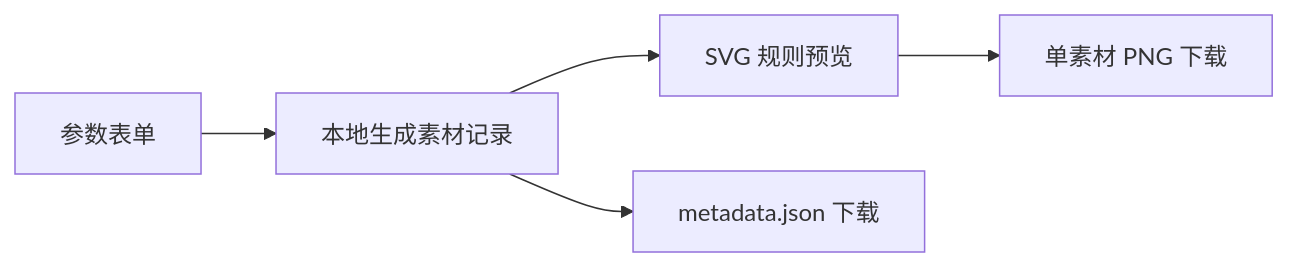
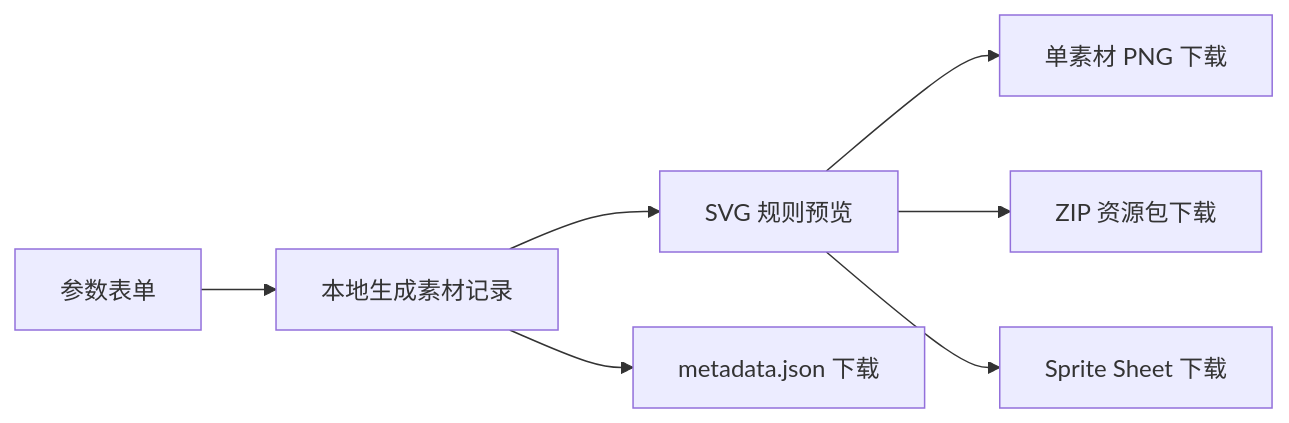
Before and after one commit to px-ego/game-asset-forge: the diagram in docs/ARCHITECTURE.md, drawn with Mermaid. The commit also changed other lines of this file and 12 other files, not shown here.

````diff
--- a/docs/ARCHITECTURE.md
+++ b/docs/ARCHITECTURE.md
@@ -19,7 +19,9 @@
 ```mermaid
 flowchart LR
   A["参数表单"] --> B["本地生成素材记录"]
   B --> C["SVG 规则预览"]
   C --> D["单素材 PNG 下载"]
   B --> E["metadata.json 下载"]
+  C --> F["ZIP 资源包下载"]
+  C --> G["Sprite Sheet 下载"]
 ```
````
